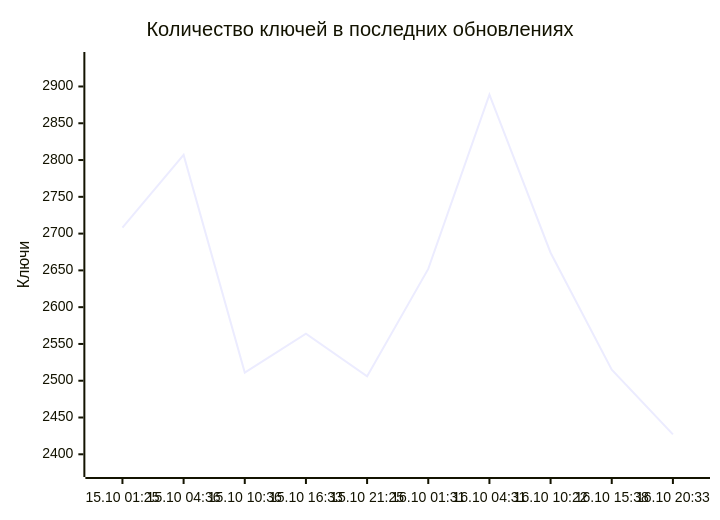
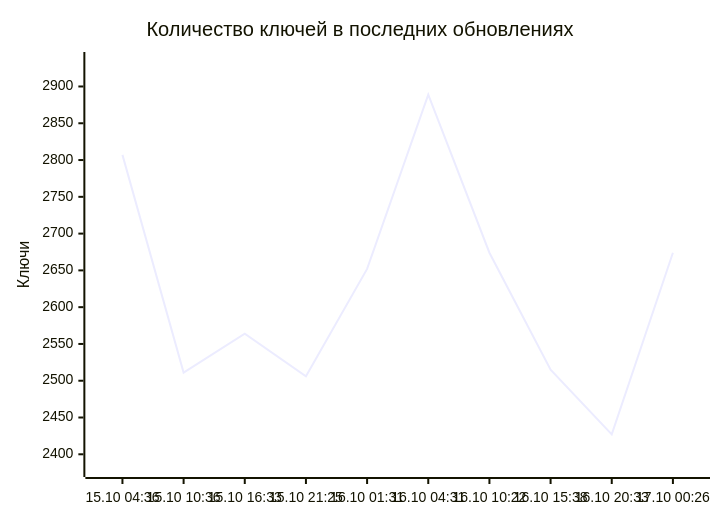
Before and after one commit to markKikhtenko/WireVeil: the diagram in README.md, drawn with Mermaid. The commit also changed other lines of this file and 13 other files, not shown here.

````diff
--- a/README.md
+++ b/README.md
@@ -55,7 +55,7 @@
 ```mermaid
 xychart-beta
     title "Количество ключей в последних обновлениях"
-    x-axis ["15.10 01:25", "15.10 04:36", "15.10 10:36", "15.10 16:33", "15.10 21:25", "16.10 01:31", "16.10 04:31", "16.10 10:22", "16.10 15:38", "16.10 20:33"]
+    x-axis ["15.10 04:36", "15.10 10:36", "15.10 16:33", "15.10 21:25", "16.10 01:31", "16.10 04:31", "16.10 10:22", "16.10 15:38", "16.10 20:33", "17.10 00:26"]
     y-axis "Ключи" 2380 --> 2936
-    line [2708, 2807, 2511, 2564, 2506, 2652, 2889, 2674, 2515, 2427]
+    line [2807, 2511, 2564, 2506, 2652, 2889, 2674, 2515, 2427, 2674]
 ```
````
